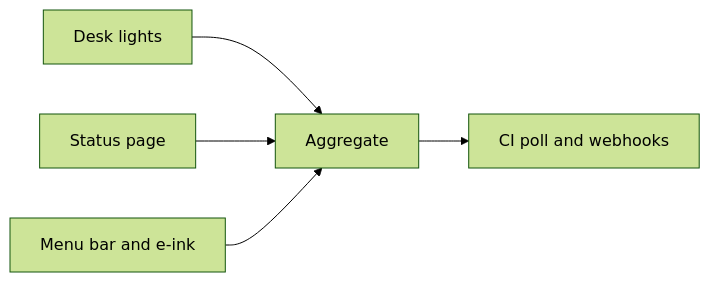
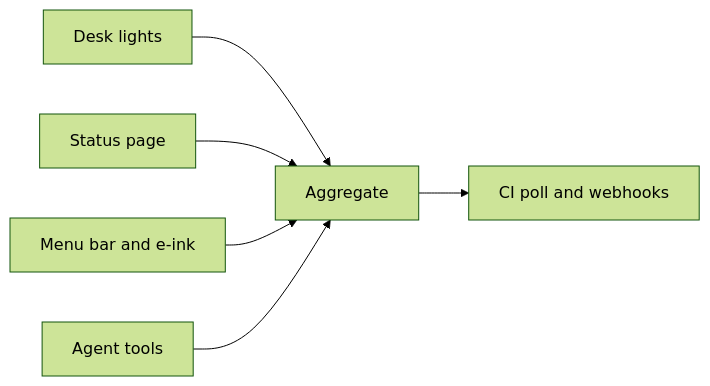
One commit to mzworthington/gpio-build-monitor changed the third of 3 diagrams in README.md. Above: the diagram before and after it, drawn with Mermaid (forest theme). The commit also changed other lines of this file and 6 other files, not shown here.

````diff
--- a/README.md
+++ b/README.md
@@ -130,7 +139,8 @@
 ```mermaid
 flowchart LR
   leds[Desk lights] --> agg[Aggregate]
   ui[Status page] --> agg
   snapshot[Menu bar and e-ink] --> agg
+  agents[Agent tools] --> agg
   agg --> poll[CI poll and webhooks]
 ```
````
